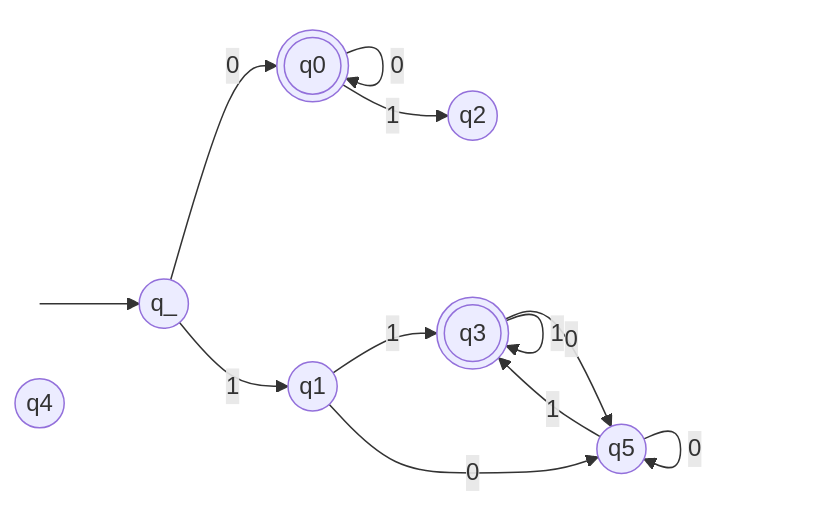
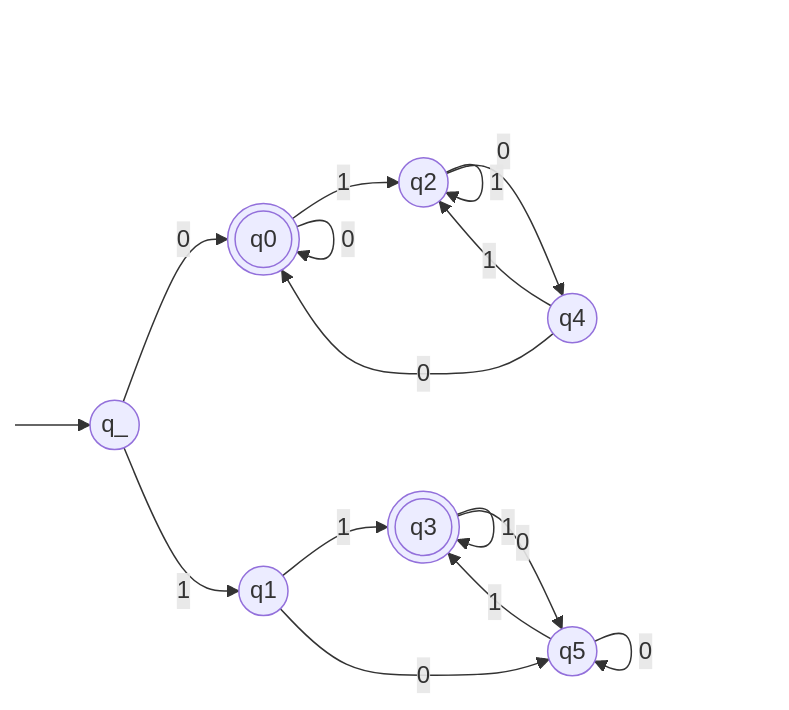
Before and after one commit to bfeitknecht/vault: the diagram in sem3/TIN/UE/bf/TI-bf-u04.md, drawn with Mermaid.

Commit message:
backup: 2024-10-15T15:50:07+02:00 from MacBook Pro (echo)
Affected files:
sem3/TIN/UE/bf/TI-bf-u04.md

````diff
--- a/sem3/TIN/UE/bf/TI-bf-u04.md
+++ b/sem3/TIN/UE/bf/TI-bf-u04.md
@@ -24,30 +24,33 @@
 ```mermaid
 flowchart LR
 
 classDef hidden display: none;
 
 S:::hidden
 
 q_((q_))
 q0(((q0)))
 q1((q1))
 q2((q2))
 q3(((q3)))
 q4((q4))
 q5((q5))
 
 
 S --> q_
 
 q_ -->|"0"| q0
 q_ -->|"1"| q1
 
 q1 -->|"1"| q3 -->|"1"| q3
 q1 -->|"0"| q5
 q3 -->|"0"| q5 -->|"1"| q3 
 q5 -->|"0"| q5
 
 q0 -->|"0"| q0 -->|"1"| q2
+q2 -->|"1"| q2
+q2 -->|"0"| q4 -->|"1"| q2
+q4 -->|"0"| q0
 
 
 ```
````
